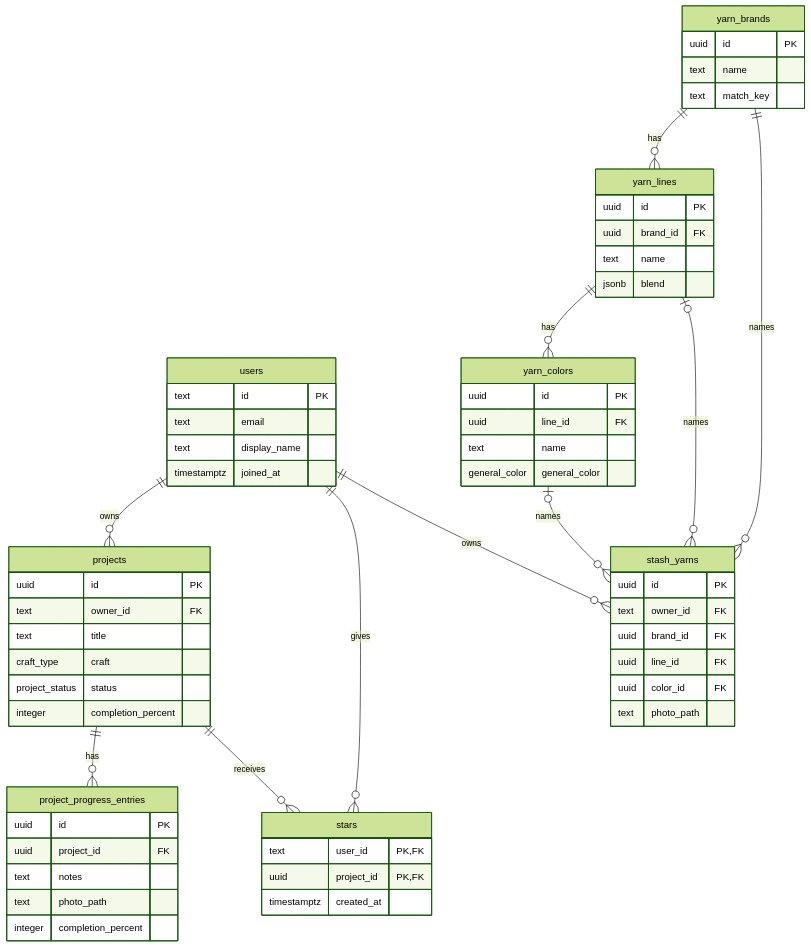
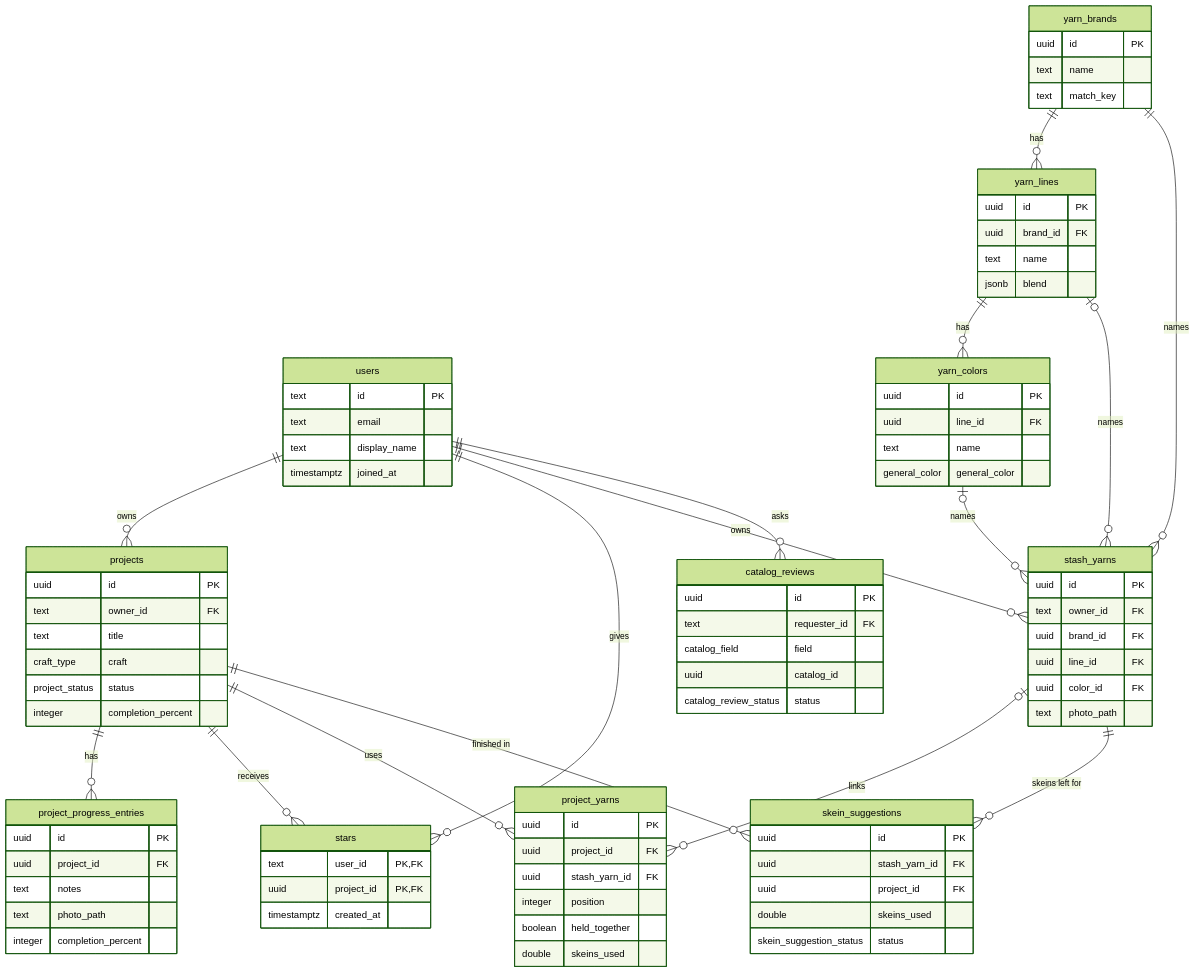
The diagram in schema.md (mmpekansambo-glitch/Mwedi-Threads), drawn with Mermaid (forest theme) before and after one commit. The commit also changed other lines of this file and 58 other files, not shown here.

First line of the commit message:
Several yarns per project, stash links, skeins-left prompts and name reviews (part 2 of #42, #45)

````diff
--- a/schema.md
+++ b/schema.md
@@ -16,6 +16,11 @@
     yarn_brands ||--o{ stash_yarns : "names"
     yarn_lines |o--o{ stash_yarns : "names"
     yarn_colors |o--o{ stash_yarns : "names"
+    projects ||--o{ project_yarns : uses
+    stash_yarns |o--o{ project_yarns : "links"
+    stash_yarns ||--o{ skein_suggestions : "skeins left for"
+    projects ||--o{ skein_suggestions : "finished in"
+    users ||--o{ catalog_reviews : asks
 
     users {
         text id PK
@@ -68,4 +73,26 @@
         text name
         general_color general_color
     }
+    project_yarns {
+        uuid id PK
+        uuid project_id FK
+        uuid stash_yarn_id FK
+        integer position
+        boolean held_together
+        double skeins_used
+    }
+    skein_suggestions {
+        uuid id PK
+        uuid stash_yarn_id FK
+        uuid project_id FK
+        double skeins_used
+        skein_suggestion_status status
+    }
+    catalog_reviews {
+        uuid id PK
+        text requester_id FK
+        catalog_field field
+        uuid catalog_id
+        catalog_review_status status
+    }
 ```
````
